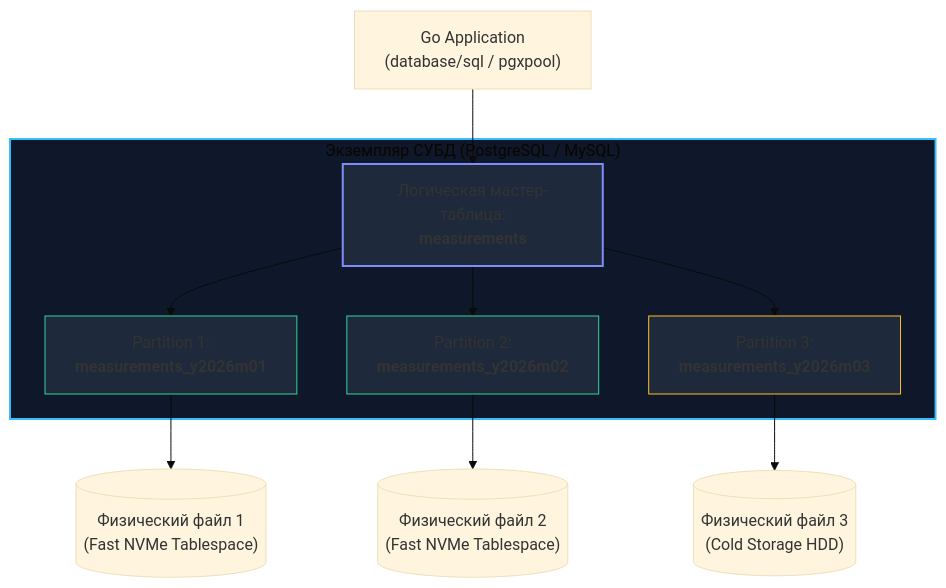
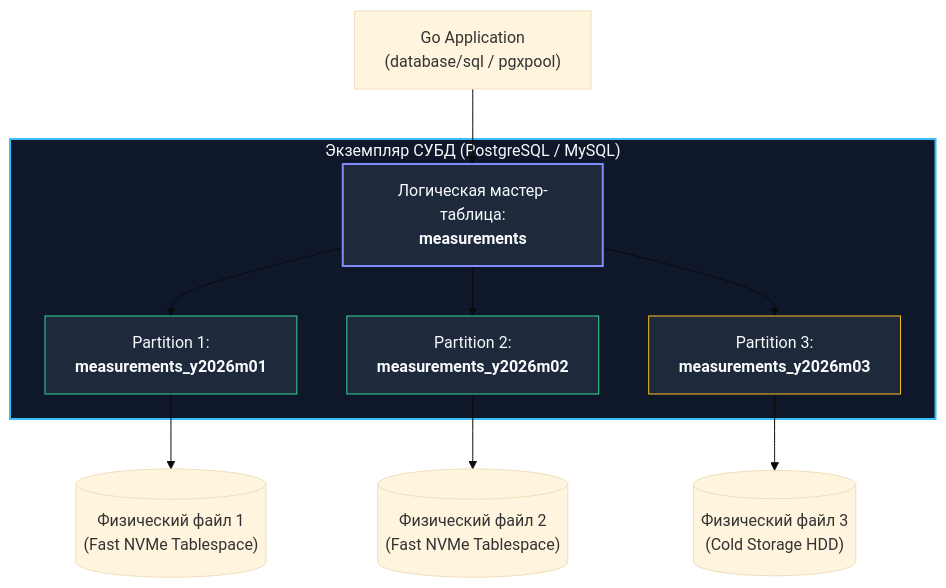
One commit to UnrealTemplier/go-textbook changed the diagram in sources/12. Базы данных/08. Распределенные базы данных/5. Partitioning.md. Above: the diagram before and after it, drawn with Mermaid (base theme). The commit also changed 310 other files, not shown here.

First line of the commit message:
fix(mermaid): replace light fill colors with dark palette for readability on dark theme

````diff
--- a/sources/12. Базы данных/08. Распределенные базы данных/5. Partitioning.md
+++ b/sources/12. Базы данных/08. Распределенные базы данных/5. Partitioning.md
@@ -15,20 +15,20 @@
 ```mermaid
 flowchart TD
     App["Go Application<br>(database/sql / pgxpool)"] --> Parent["Логическая мастер-таблица:<br><b>measurements</b>"]
     
     subgraph Engine ["Экземпляр СУБД (PostgreSQL / MySQL)"]
         Parent --> P1["Partition 1:<br><b>measurements_y2026m01</b>"]
         Parent --> P2["Partition 2:<br><b>measurements_y2026m02</b>"]
         Parent --> P3["Partition 3:<br><b>measurements_y2026m03</b>"]
     end
     
     P1 --> D1[("Физический файл 1<br>(Fast NVMe Tablespace)")]
     P2 --> D2[("Физический файл 2<br>(Fast NVMe Tablespace)")]
     P3 --> D3[("Физический файл 3<br>(Cold Storage HDD)")]
 
-    style Engine fill:#0f172a,stroke:#38bdf8,stroke-width:2px
-    style Parent fill:#1e293b,stroke:#818cf8,stroke-width:2px
-    style P1 fill:#1e293b,stroke:#34d399,stroke-width:1px
-    style P2 fill:#1e293b,stroke:#34d399,stroke-width:1px
-    style P3 fill:#1e293b,stroke:#fbbf24,stroke-width:1px
+    style Engine fill:#0f172a,stroke:#38bdf8,stroke-width:2px,color:#f8fafc
+    style Parent fill:#1e293b,stroke:#818cf8,stroke-width:2px,color:#f8fafc
+    style P1 fill:#1e293b,stroke:#34d399,stroke-width:1px,color:#f8fafc
+    style P2 fill:#1e293b,stroke:#34d399,stroke-width:1px,color:#f8fafc
+    style P3 fill:#1e293b,stroke:#fbbf24,stroke-width:1px,color:#f8fafc
 ```
````
